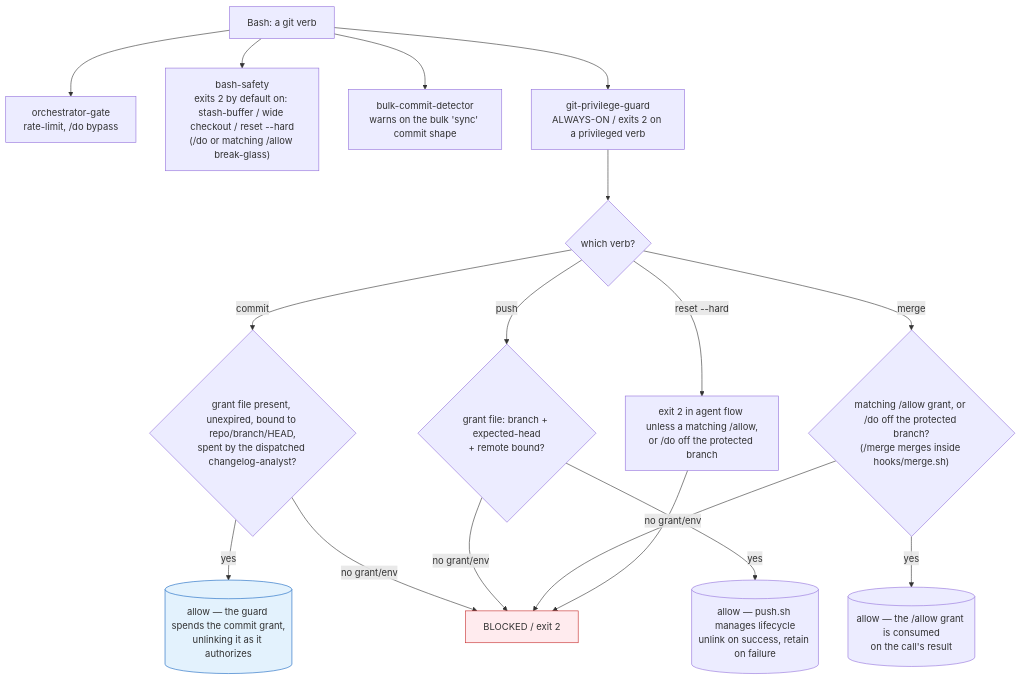
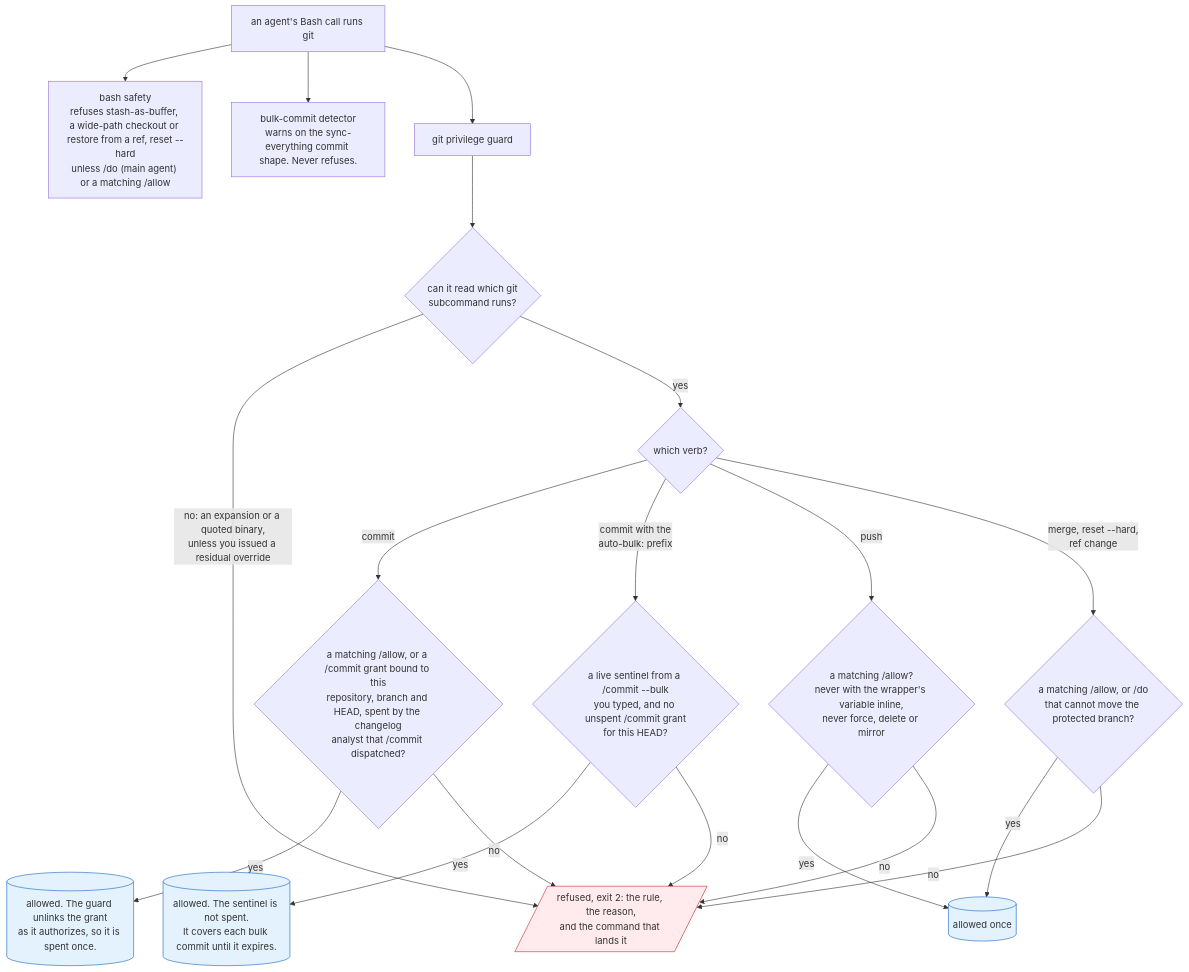
Before and after one commit to Yugoge/awesome-claude-harness: the diagram in docs/git-protection-kernel.md, drawn with Mermaid. The commit also changed other lines of this file and 4 other files, not shown here.

````diff
--- a/docs/git-protection-kernel.md
+++ b/docs/git-protection-kernel.md
@@ -19,24 +26,23 @@
 ```mermaid
 flowchart TD
-    B[Bash: a git verb] --> H1[orchestrator-gate<br/>rate-limit, /do bypass]
-    B --> H2["bash-safety<br/>exits 2 by default on: stash-buffer / wide checkout / reset --hard<br/>(/do or matching /allow break-glass)"]
-    B --> H3[bulk-commit-detector<br/>warns on the bulk 'sync' commit shape]
-    B --> H4[git-privilege-guard<br/>ALWAYS-ON / exits 2 on a privileged verb]
-
-    H4 --> C{which verb?}
-    C -->|commit| G1{"grant file present, unexpired, bound to repo/branch/HEAD,<br/>spent by the dispatched changelog-analyst?"}
-    C -->|push| G2{grant file: branch + expected-head<br/>+ remote bound?}
-    C -->|merge| G3{"matching /allow grant, or /do off the protected branch?<br/>(/merge merges inside hooks/merge.sh)"}
-    C -->|reset --hard| G4["exit 2 in agent flow unless a matching /allow,<br/>or /do off the protected branch"]
-
-    G1 -->|yes| OK[(allow — the guard spends the commit grant,<br/>unlinking it as it authorizes)]
-    G2 -->|yes| OK2[(allow — push.sh manages lifecycle<br/>unlink on success, retain on failure)]
-    G3 -->|yes| OK3[(allow — the /allow grant is consumed<br/>on the call's result)]
-    G1 & G2 & G3 -->|no grant/env| NO[BLOCKED / exit 2]
-    G4 --> NO
+    B["an agent's Bash call runs git"] --> S["bash safety<br/>refuses stash-as-buffer, a wide-path checkout or restore from a ref, reset --hard<br/>unless /do (main agent) or a matching /allow"]
+    B --> W["bulk-commit detector<br/>warns on the sync-everything commit shape. Never refuses."]
+    B --> G["git privilege guard"]
+    G --> L{"can it read which git<br/>subcommand runs?"}
+    L -->|"no: an expansion or a quoted binary,<br/>unless you issued a residual override"| NO
+    L -->|yes| V{which verb?}
+    V -->|commit| C{"a matching /allow, or a /commit grant bound to this<br/>repository, branch and HEAD, spent by the changelog<br/>analyst that /commit dispatched?"}
+    V -->|"commit with the<br/>auto-bulk: prefix"| K{"a live sentinel from a /commit --bulk<br/>you typed, and no unspent /commit grant<br/>for this HEAD?"}
+    V -->|push| P{"a matching /allow?<br/>never with the wrapper's variable inline,<br/>never force, delete or mirror"}
+    V -->|"merge, reset --hard,<br/>ref change"| R{"a matching /allow, or /do<br/>that cannot move the protected branch?"}
+    C -->|yes| OK[("allowed. The guard unlinks the grant<br/>as it authorizes, so it is spent once.")]
+    P -->|yes| OK2[("allowed once")]
+    R -->|yes| OK2
+    K -->|yes| OK3[("allowed. The sentinel is not spent.<br/>It covers each bulk commit until it expires.")]
+    C & P & R & K -->|no| NO[/"refused, exit 2: the rule, the reason,<br/>and the command that lands it"/]
 
     classDef block fill:#ffebee,stroke:#c62828
     classDef ok fill:#e3f2fd,stroke:#1565c0
     class NO block
-    class OK ok
+    class OK,OK2,OK3 ok
 ```
````
